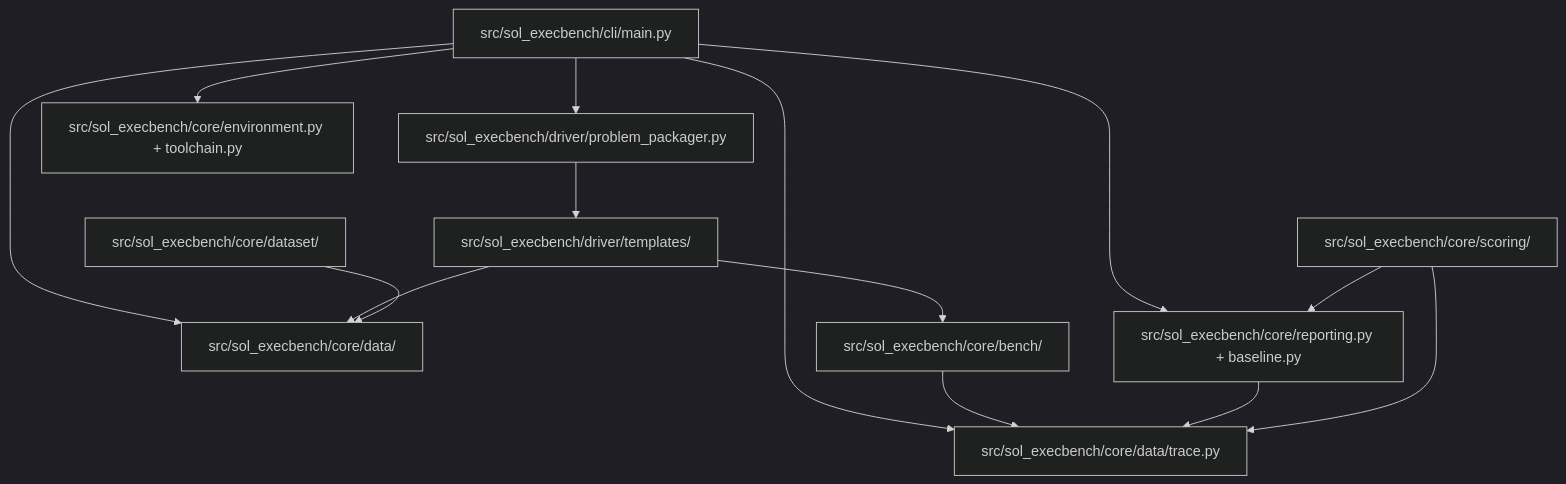
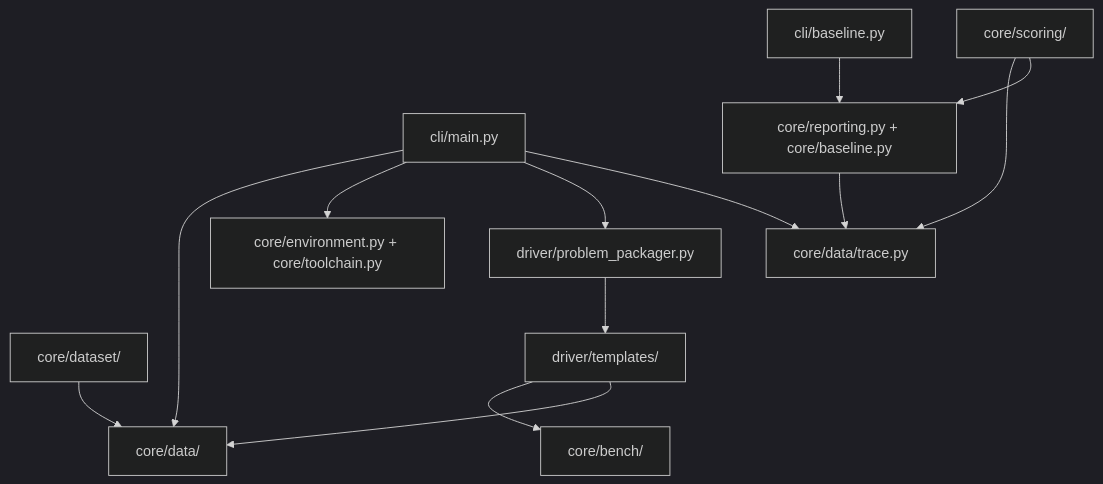
Before and after one commit to gwokhou/SOL-ExecBench-ROCm: the diagram in docs/ARCHITECTURE.md, drawn with Mermaid (dark theme). The commit also changed other lines of this file and 6 other files, not shown here.

````diff
--- a/docs/ARCHITECTURE.md
+++ b/docs/ARCHITECTURE.md
@@ -30,27 +33,27 @@
 ```mermaid
 graph TD
-    CLI["src/sol_execbench/cli/main.py"]
-    Models["src/sol_execbench/core/data/"]
-    Bench["src/sol_execbench/core/bench/"]
-    Dataset["src/sol_execbench/core/dataset/"]
-    Scoring["src/sol_execbench/core/scoring/"]
-    Packager["src/sol_execbench/driver/problem_packager.py"]
-    Templates["src/sol_execbench/driver/templates/"]
-    Trace["src/sol_execbench/core/data/trace.py"]
-    Reporting["src/sol_execbench/core/reporting.py + baseline.py"]
-    Diagnostics["src/sol_execbench/core/environment.py + toolchain.py"]
+    CLI["cli/main.py"]
+    BaselineCLI["cli/baseline.py"]
+    Models["core/data/"]
+    Bench["core/bench/"]
+    Dataset["core/dataset/"]
+    Scoring["core/scoring/"]
+    Diagnostics["core/environment.py + core/toolchain.py"]
+    Packager["driver/problem_packager.py"]
+    Templates["driver/templates/"]
+    Trace["core/data/trace.py"]
+    Reporting["core/reporting.py + core/baseline.py"]
 
     CLI --> Models
+    CLI --> Diagnostics
     CLI --> Packager
     Packager --> Templates
     Templates --> Bench
     Templates --> Models
     CLI --> Trace
-    CLI --> Reporting
-    CLI --> Diagnostics
-    Bench --> Trace
+    BaselineCLI --> Reporting
+    Reporting --> Trace
     Dataset --> Models
-    Reporting --> Trace
     Scoring --> Trace
     Scoring --> Reporting
 ```
````
